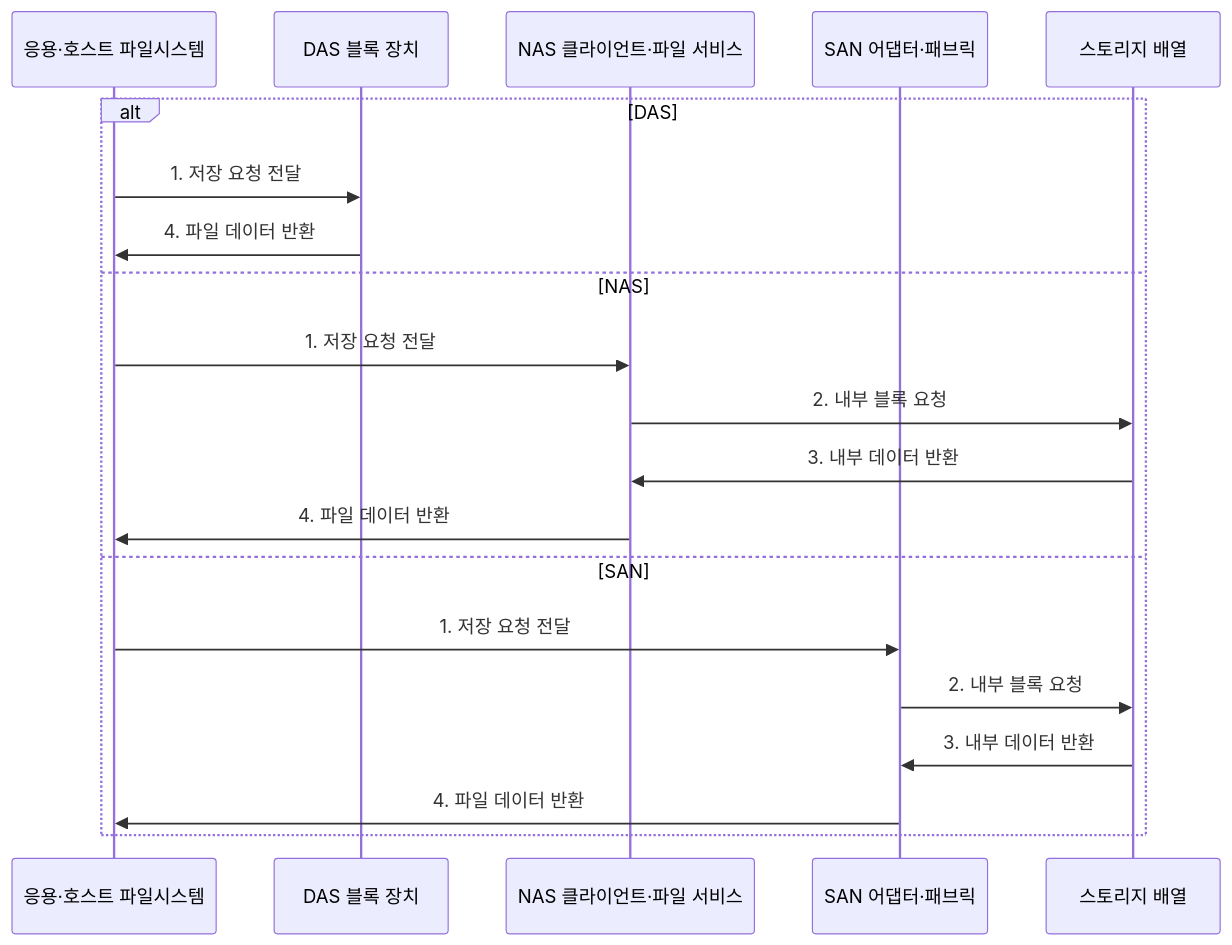
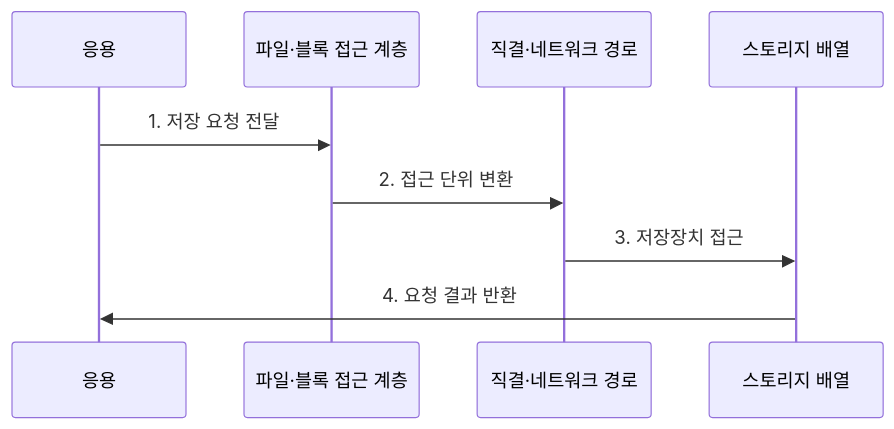
One commit to agnusdei1207/knowledge-base changed the second of 2 diagrams in src/content/docs/notes/02-hardware/080_storage_das_nas_san.md. Above: the diagram before and after it, drawn with Mermaid. The commit also changed other lines of this file and 86 other files, not shown here.

````diff
--- a/src/content/docs/notes/02-hardware/080_storage_das_nas_san.md
+++ b/src/content/docs/notes/02-hardware/080_storage_das_nas_san.md
@@ -91,23 +94,12 @@
 ```mermaid
 sequenceDiagram
-    participant A as 응용·호스트 파일시스템
-    participant D as DAS 블록 장치
-    participant N as NAS 클라이언트·파일 서비스
-    participant P as SAN 어댑터·패브릭
+    participant A as 응용
+    participant F as 파일·블록 접근 계층
+    participant P as 직결·네트워크 경로
     participant S as 스토리지 배열
 
-    alt DAS
-        A->>D: 1. 저장 요청 전달
-        D->>A: 4. 파일 데이터 반환
-    else NAS
-        A->>N: 1. 저장 요청 전달
-        N->>S: 2. 내부 블록 요청
-        S->>N: 3. 내부 데이터 반환
-        N->>A: 4. 파일 데이터 반환
-    else SAN
-        A->>P: 1. 저장 요청 전달
-        P->>S: 2. 내부 블록 요청
-        S->>P: 3. 내부 데이터 반환
-        P->>A: 4. 파일 데이터 반환
-    end
+    A->>F: 1. 저장 요청 전달
+    F->>P: 2. 접근 단위 변환
+    P->>S: 3. 저장장치 접근
+    S->>A: 4. 요청 결과 반환
 ```
````
